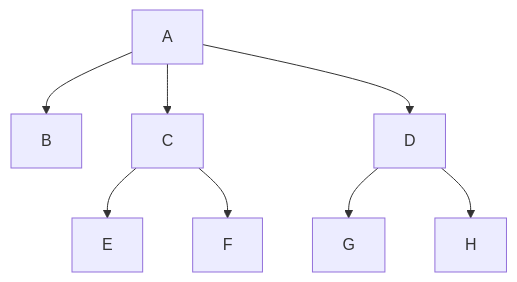
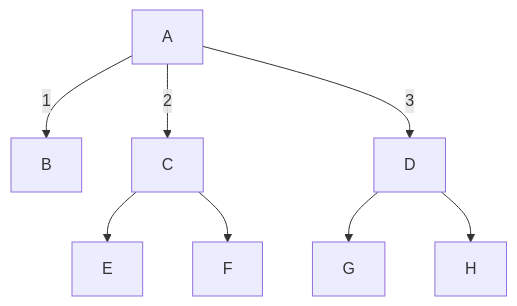
Before and after one commit to z1skgr/materials.c: the diagram in README.md, drawn with Mermaid. The commit also changed other lines of this file, not shown here.

````diff
--- a/README.md
+++ b/README.md
@@ -21,10 +21,10 @@
 ```mermaid
 graph TD;
-    A-->B;
-    A-->C;
-    A-->D;
+    A-->|1|B;
+    A-->|2|C;
+    A-->|3|D;
     C-->E;
     C-->F;
     D-->G;
     D-->H;
 ```
````
